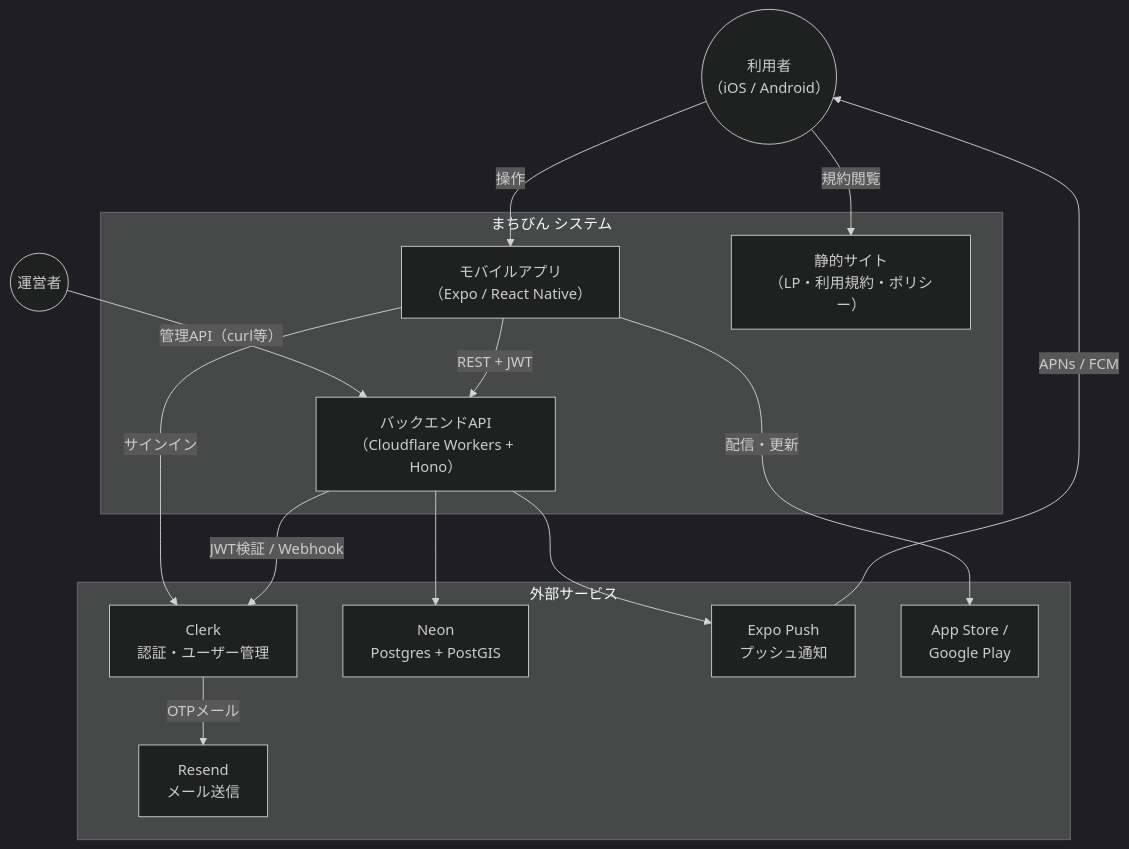
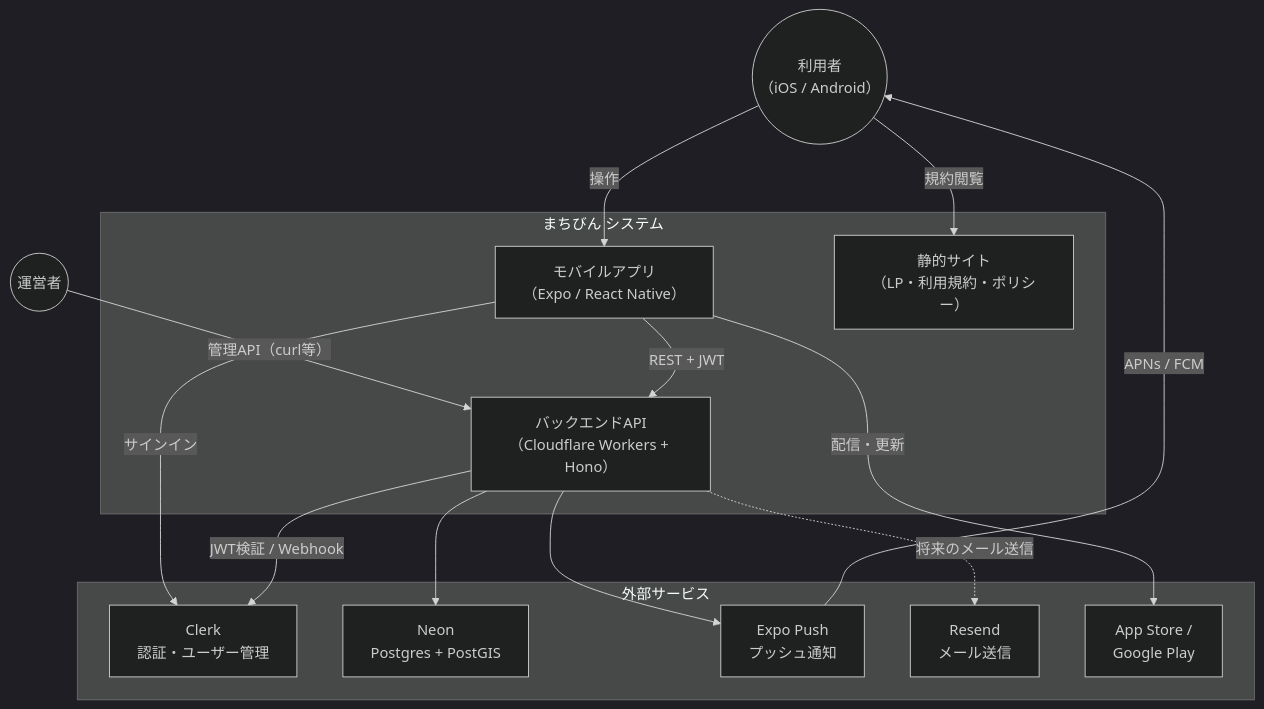
The first of 2 diagrams in docs/03_system_configuration.md (yasudaProduct/machibin), drawn with Mermaid (dark theme) before and after one commit. The commit also changed other lines of this file and 7 other files, not shown here.

````diff
--- a/docs/03_system_configuration.md
+++ b/docs/03_system_configuration.md
@@ -31,31 +31,31 @@
 ```mermaid
 flowchart TB
     User(("利用者<br/>（iOS / Android）"))
     Admin(("運営者"))
 
     subgraph Machibin["まちびん システム"]
         App["モバイルアプリ<br/>（Expo / React Native）"]
         API["バックエンドAPI<br/>（Cloudflare Workers + Hono）"]
         Web["静的サイト<br/>（LP・利用規約・ポリシー）"]
     end
 
     subgraph ExtSaaS["外部サービス"]
         Clerk["Clerk<br/>認証・ユーザー管理"]
         Neon["Neon<br/>Postgres + PostGIS"]
         Expo["Expo Push<br/>プッシュ通知"]
         Resend["Resend<br/>メール送信"]
         Stores["App Store /<br/>Google Play"]
     end
 
     User -->|操作| App
     User -->|規約閲覧| Web
     Admin -->|管理API（curl等）| API
     App -->|REST + JWT| API
     App -->|サインイン| Clerk
     App -->|配信・更新| Stores
     API --> Neon
     API -->|JWT検証 / Webhook| Clerk
     API --> Expo
-    Clerk -->|OTPメール| Resend
+    API -.将来のメール送信.-> Resend
     Expo -->|APNs / FCM| User
 ```
````
